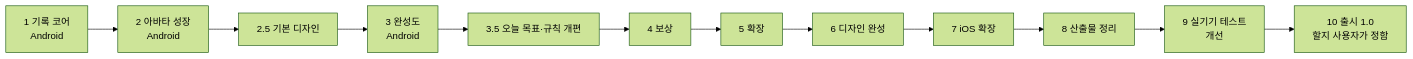
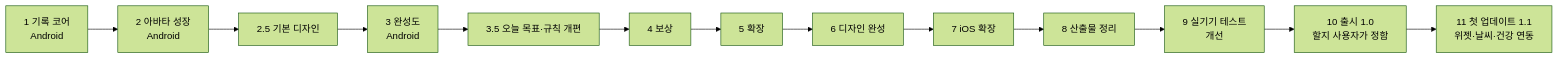
The diagram in docs/roadmap.md (dhkim1522/runmagochi), drawn with Mermaid (forest theme) before and after one commit. The commit also changed other lines of this file and 9 other files, not shown here.

````diff
--- a/docs/roadmap.md
+++ b/docs/roadmap.md
@@ -13,14 +13,15 @@
 ```mermaid
 flowchart LR
     P1["1 기록 코어<br/>Android"] --> P2["2 아바타 성장<br/>Android"]
     P2 --> P25["2.5 기본 디자인"]
     P25 --> P3["3 완성도<br/>Android"]
     P3 --> P35["3.5 오늘 목표·규칙 개편"]
     P35 --> P4["4 보상"]
     P4 --> P5["5 확장"]
     P5 --> P6["6 디자인 완성"]
     P6 --> P7["7 iOS 확장"]
     P7 --> P8["8 산출물 정리"]
     P8 --> P9["9 실기기 테스트<br/>개선"]
     P9 --> P10["10 출시 1.0<br/>할지 사용자가 정함"]
+    P10 --> P11["11 첫 업데이트 1.1<br/>위젯·날씨·건강 연동"]
 ```
````
